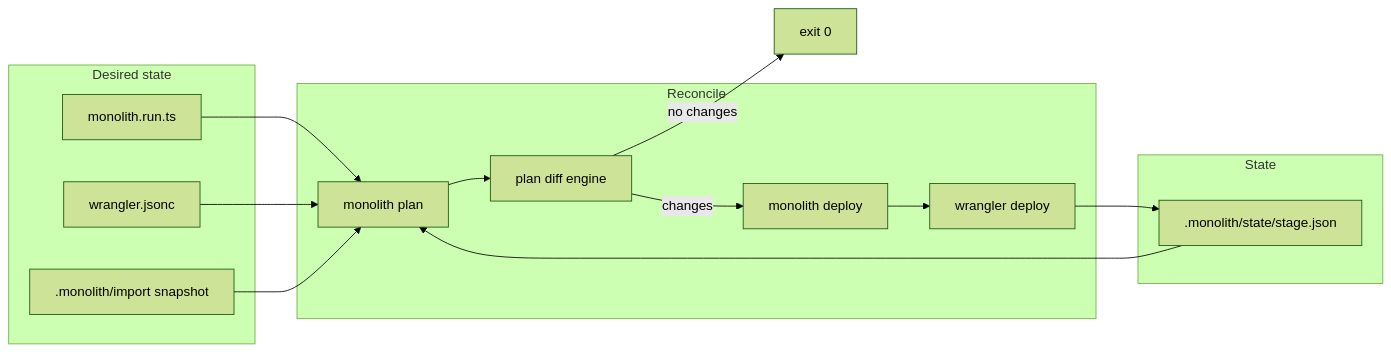
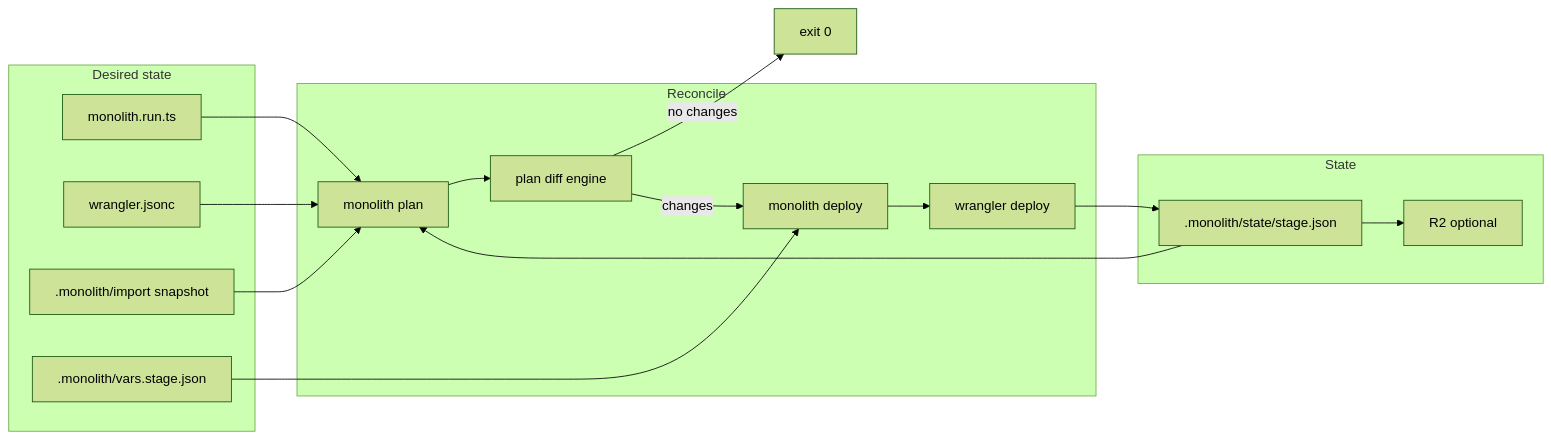
The diagram in docs/architecture.md (armancharan/monolith), drawn with Mermaid (forest theme) before and after one commit. The commit also changed other lines of this file and 43 other files, not shown here.

````diff
--- a/docs/architecture.md
+++ b/docs/architecture.md
@@ -18,29 +20,33 @@
 ```mermaid
 flowchart LR
   subgraph inputs [Desired state]
     RUN[monolith.run.ts]
     WR[wrangler.jsonc]
     IMP[.monolith/import snapshot]
+    VARS[.monolith/vars.stage.json]
   end
 
   subgraph reconcile [Reconcile]
     PLAN[monolith plan]
     DIFF[plan diff engine]
     DEPLOY[monolith deploy]
     WRANGLER[wrangler deploy]
   end
 
   subgraph persist [State]
-    STATE[".monolith/state/stage.json"]
+    LOCAL[".monolith/state/stage.json"]
+    REMOTE[R2 optional]
   end
 
   RUN --> PLAN
   WR --> PLAN
   IMP --> PLAN
-  STATE --> PLAN
+  LOCAL --> PLAN
   PLAN --> DIFF
   DIFF -->|no changes| DONE[exit 0]
   DIFF -->|changes| DEPLOY
+  VARS --> DEPLOY
   DEPLOY --> WRANGLER
-  WRANGLER --> STATE
+  WRANGLER --> LOCAL
+  LOCAL --> REMOTE
 ```
````
